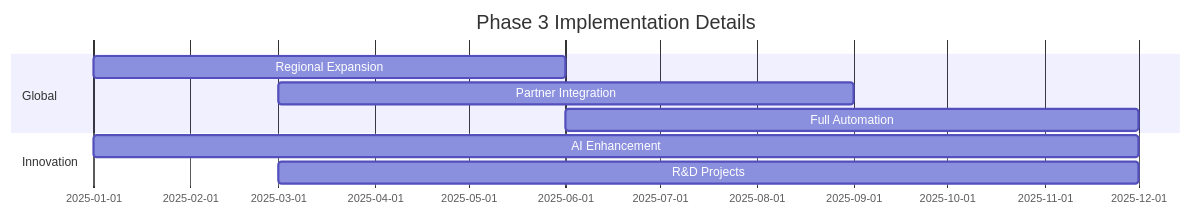
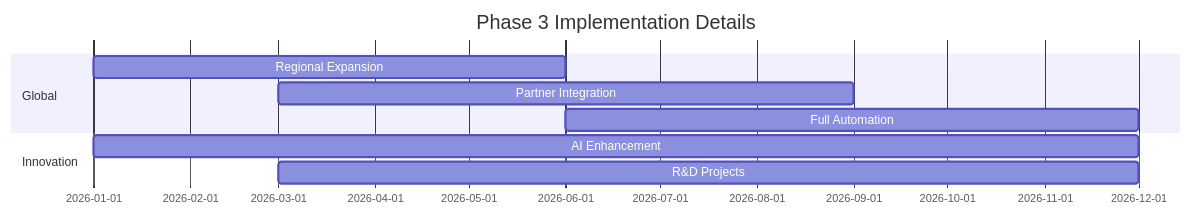
One commit to Vortx-AI/synthetic-satellite changed diagram 11 of 16 in docs/sustainability/README.md. Above: the diagram before and after it, drawn with Mermaid. The commit also changed other lines of this file, not shown here.

````diff
--- a/docs/sustainability/README.md
+++ b/docs/sustainability/README.md
@@ -474,12 +413,12 @@
 ```mermaid
 gantt
     title Phase 3 Implementation Details
     dateFormat YYYY-MM
     section Global
-    Regional Expansion   :2025-01, 2025-06
-    Partner Integration  :2025-03, 2025-09
-    Full Automation     :2025-06, 2025-12
+    Regional Expansion   :2026-01, 2026-06
+    Partner Integration  :2026-03, 2026-09
+    Full Automation     :2026-06, 2026-12
     section Innovation
-    AI Enhancement      :2025-01, 2025-12
-    R&D Projects       :2025-03, 2025-12
+    AI Enhancement      :2026-01, 2026-12
+    R&D Projects       :2026-03, 2026-12
 ```
````
